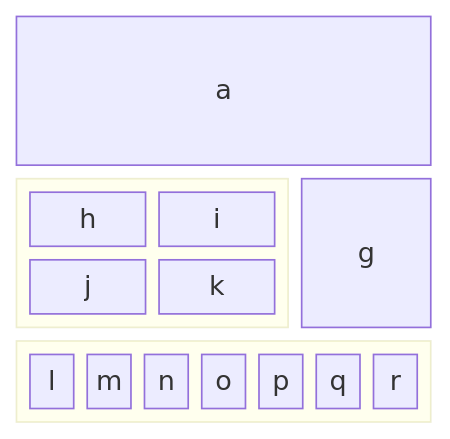
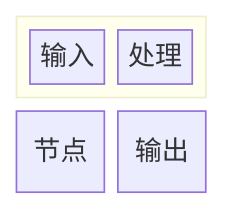
Before and after one commit to sj-shijin/hp-rspress: the sixth of 32 diagrams in site/projects/cinderfolio/pele/index.mdx, drawn with Mermaid. The commit also changed other lines of this file and 6 other files, not shown here.

Commit message:
docs(cinderfolio): 整理分类预览并添加语言图标

````diff
--- a/site/projects/cinderfolio/pele/index.mdx
+++ b/site/projects/cinderfolio/pele/index.mdx
@@ -197,14 +129,9 @@
 ```mermaid
 block
-  columns 3
-  a:3
-  block:group1:2
     columns 2
-    h i j k
-  end
-  g
-  block:group2:3
-    %% columns auto (default)
-    l m n o p q r
-  end
+    block:group:2
+        columns 2
+        a["输入"] b["处理"]
+    end
+    c["节点"] d["输出"]
 ```
````
